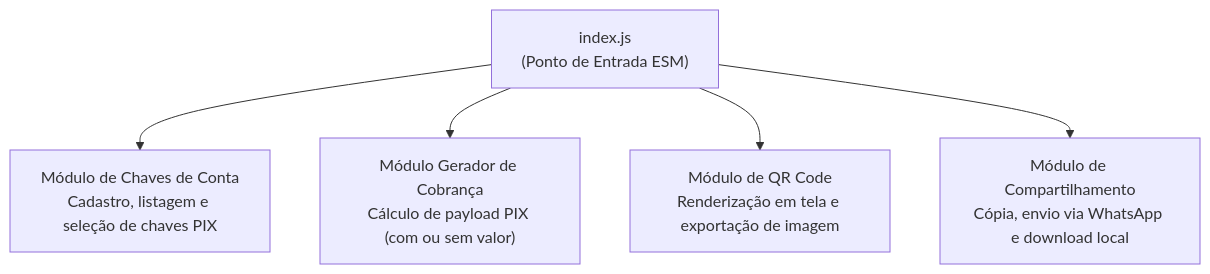
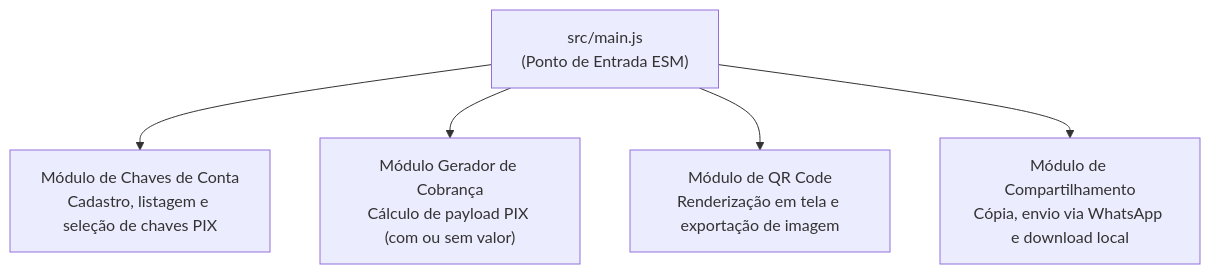
Before and after one commit to luizcanet/mandaumpix.app: the diagram in docs/design/modules.md, drawn with Mermaid. The commit also changed other lines of this file and 10 other files, not shown here.

````diff
--- a/docs/design/modules.md
+++ b/docs/design/modules.md
@@ -38,7 +45,7 @@
 ```mermaid
 flowchart TD
-    Entry["index.js<br/>(Ponto de Entrada ESM)"] --> KeyMod["Módulo de Chaves de Conta<br/>Cadastro, listagem e seleção de chaves PIX"]
+    Entry["src/main.js<br/>(Ponto de Entrada ESM)"] --> KeyMod["Módulo de Chaves de Conta<br/>Cadastro, listagem e seleção de chaves PIX"]
     Entry --> ChargeMod["Módulo Gerador de Cobrança<br/>Cálculo de payload PIX (com ou sem valor)"]
     Entry --> QRMod["Módulo de QR Code<br/>Renderização em tela e exportação de imagem"]
     Entry --> ShareMod["Módulo de Compartilhamento<br/>Cópia, envio via WhatsApp e download local"]
 ```
````
